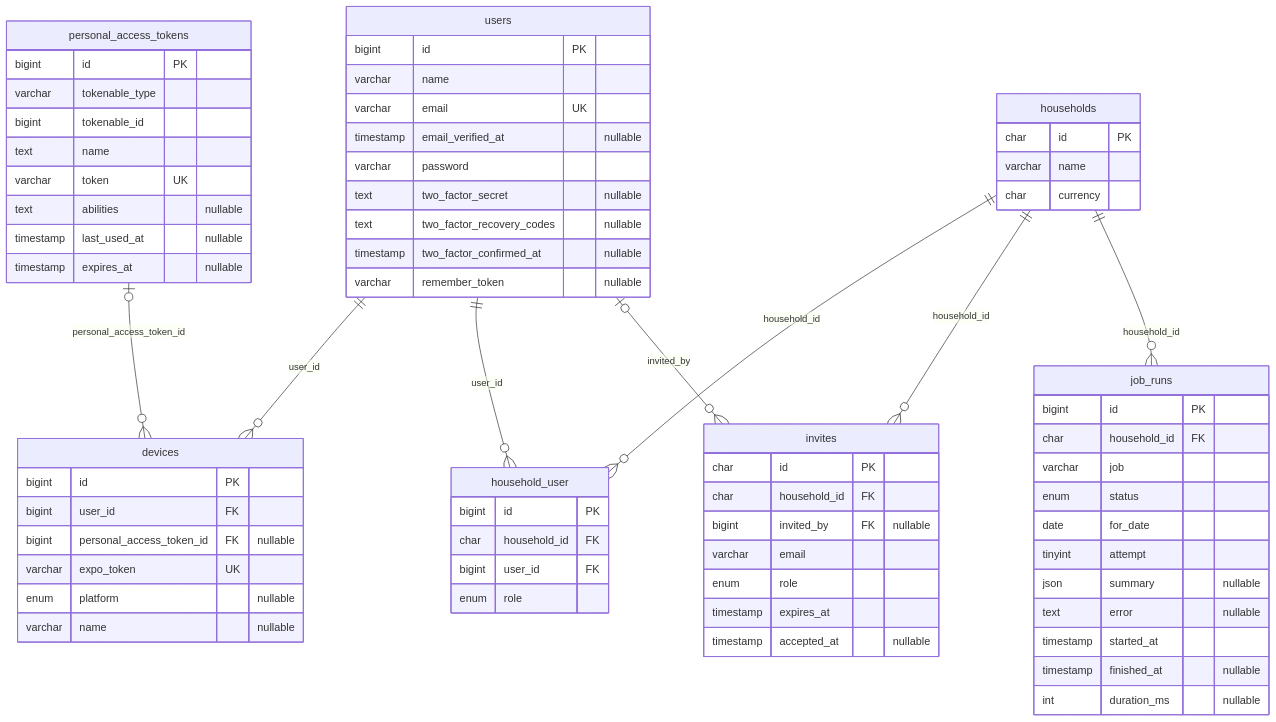
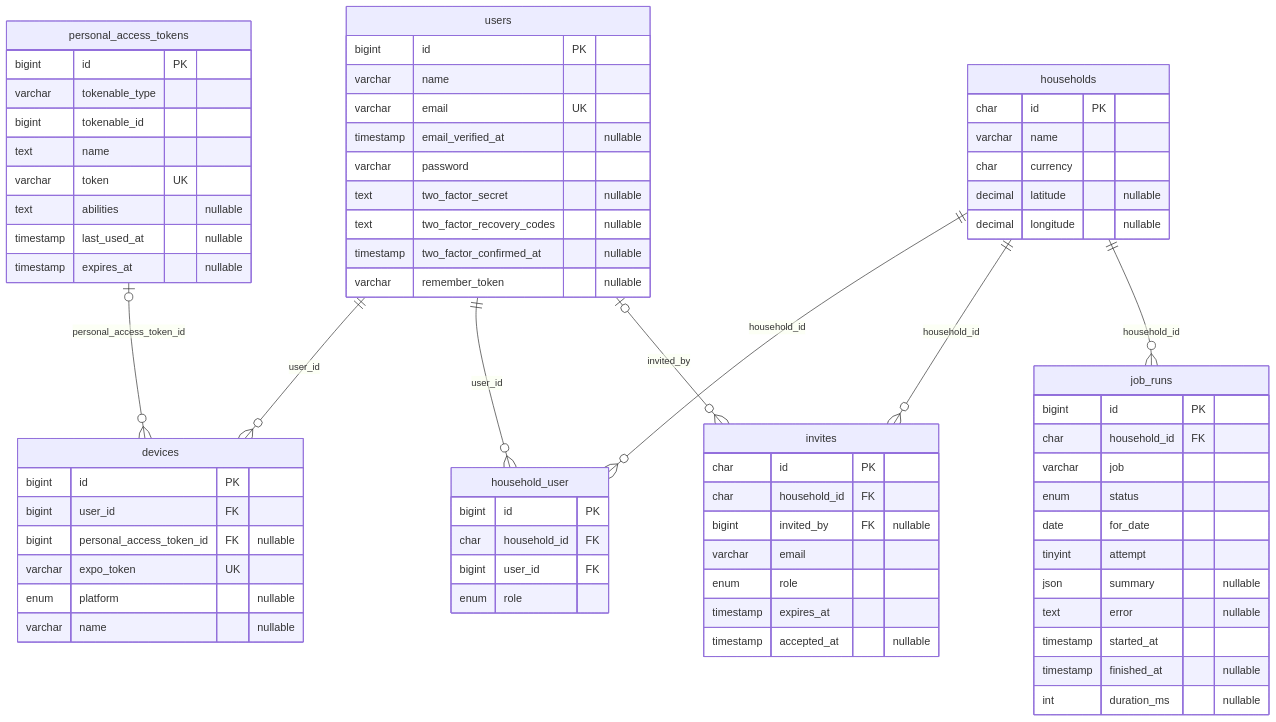
One commit to kgiannopoulou/home-helper-api changed the second of 8 diagrams in docs/database.md. Above: the diagram before and after it, drawn with Mermaid. The commit also changed other lines of this file and 56 other files, not shown here.

````diff
--- a/docs/database.md
+++ b/docs/database.md
@@ -41,72 +45,74 @@
 ```mermaid
 erDiagram
     users {
         bigint id PK
         varchar name
         varchar email UK
         timestamp email_verified_at "nullable"
         varchar password
         text two_factor_secret "nullable"
         text two_factor_recovery_codes "nullable"
         timestamp two_factor_confirmed_at "nullable"
         varchar remember_token "nullable"
     }
     households {
         char id PK
         varchar name
         char currency
+        decimal latitude "nullable"
+        decimal longitude "nullable"
     }
     household_user {
         bigint id PK
         char household_id FK
         bigint user_id FK
         enum role
     }
     invites {
         char id PK
         char household_id FK
         bigint invited_by FK "nullable"
         varchar email
         enum role
         timestamp expires_at
         timestamp accepted_at "nullable"
     }
     devices {
         bigint id PK
         bigint user_id FK
         bigint personal_access_token_id FK "nullable"
         varchar expo_token UK
         enum platform "nullable"
         varchar name "nullable"
     }
     personal_access_tokens {
         bigint id PK
         varchar tokenable_type
         bigint tokenable_id
         text name
         varchar token UK
         text abilities "nullable"
         timestamp last_used_at "nullable"
         timestamp expires_at "nullable"
     }
     job_runs {
         bigint id PK
         char household_id FK
         varchar job
         enum status
         date for_date
         tinyint attempt
         json summary "nullable"
         text error "nullable"
         timestamp started_at
         timestamp finished_at "nullable"
         int duration_ms "nullable"
     }
     personal_access_tokens |o--o{ devices : "personal_access_token_id"
     users ||--o{ devices : "user_id"
     households ||--o{ household_user : "household_id"
     users ||--o{ household_user : "user_id"
     households ||--o{ invites : "household_id"
     users |o--o{ invites : "invited_by"
     households ||--o{ job_runs : "household_id"
 ```
````
